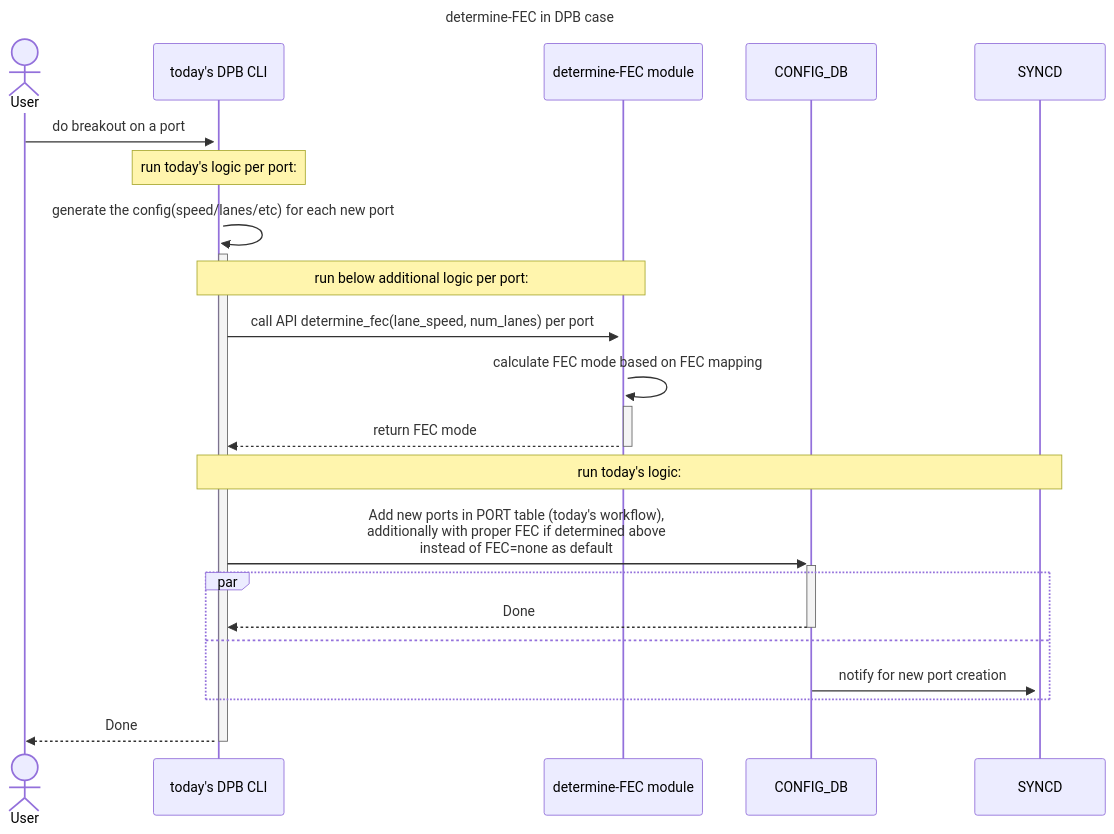
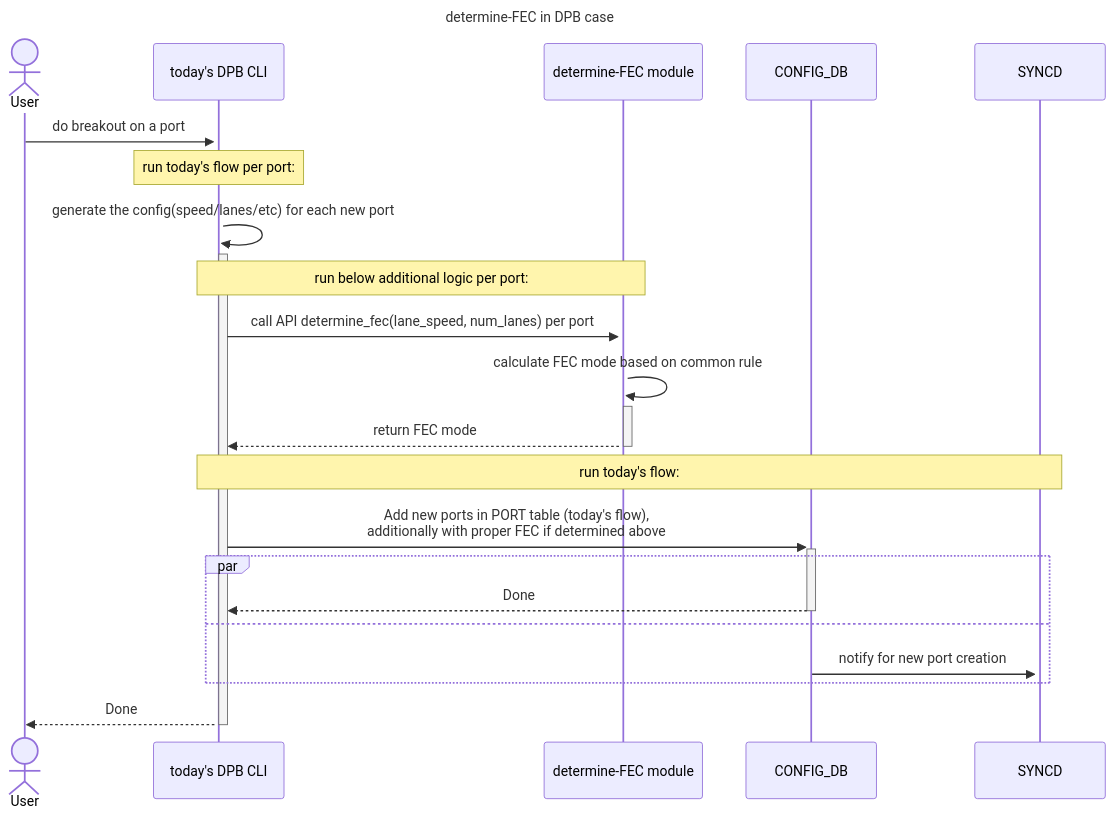
One commit to sonic-net/SONiC changed the first of 2 diagrams in doc/port-fec/fec-auto-determination.md. Above: the diagram before and after it, drawn with Mermaid. The commit also changed other lines of this file, not shown here.

````diff
--- a/doc/port-fec/fec-auto-determination.md
+++ b/doc/port-fec/fec-auto-determination.md
@@ -111,31 +111,31 @@
 ```mermaid
 sequenceDiagram
     title determine-FEC in DPB case
 
     actor user as User
     participant dpb_cli as today's DPB CLI
     participant determine_fec as determine-FEC module
     participant config_db as CONFIG_DB
     participant syncd as SYNCD
 
 
     user ->>+ dpb_cli: do breakout on a port
-    note over dpb_cli: run today's logic per port:
+    note over dpb_cli: run today's flow per port:
     dpb_cli ->>+ dpb_cli: generate the config(speed/lanes/etc) for each new port
 
     note over dpb_cli,determine_fec: run below additional logic per port:
     dpb_cli ->>+ determine_fec: call API determine_fec(lane_speed, num_lanes) per port
-    determine_fec ->>+ determine_fec: calculate FEC mode based on FEC mapping
+    determine_fec ->>+ determine_fec: calculate FEC mode based on common rule
     determine_fec -->>- dpb_cli: return FEC mode
 
-    note over dpb_cli, syncd: run today's logic:
-    dpb_cli ->>+ config_db: Add new ports in PORT table (today's workflow), <BR> additionally with proper FEC if determined above <BR> instead of FEC=none as default
+    note over dpb_cli, syncd: run today's flow:
+    dpb_cli ->>+ config_db: Add new ports in PORT table (today's flow), <BR> additionally with proper FEC if determined above
 
     par
         config_db -->>- dpb_cli: Done
     and
         config_db ->>+ syncd: notify for new port creation
     end
 
     dpb_cli -->>- user: Done
 ```
````
